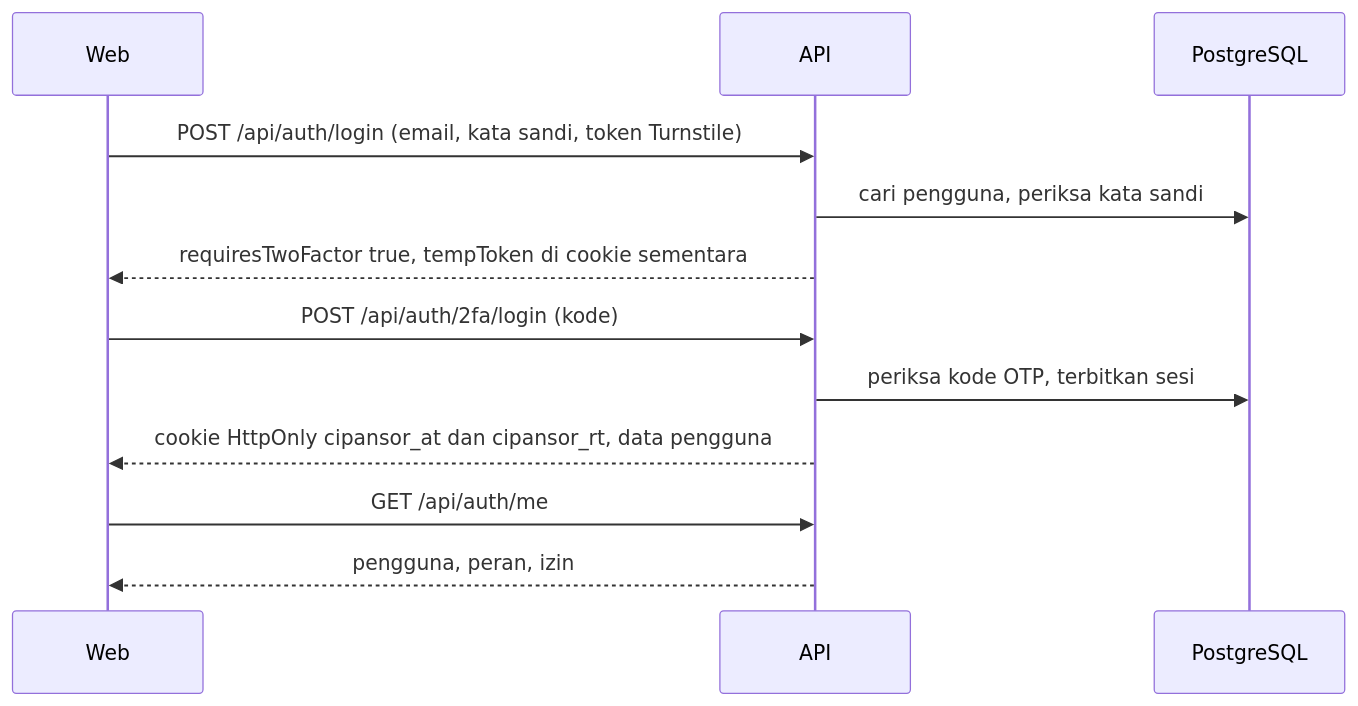
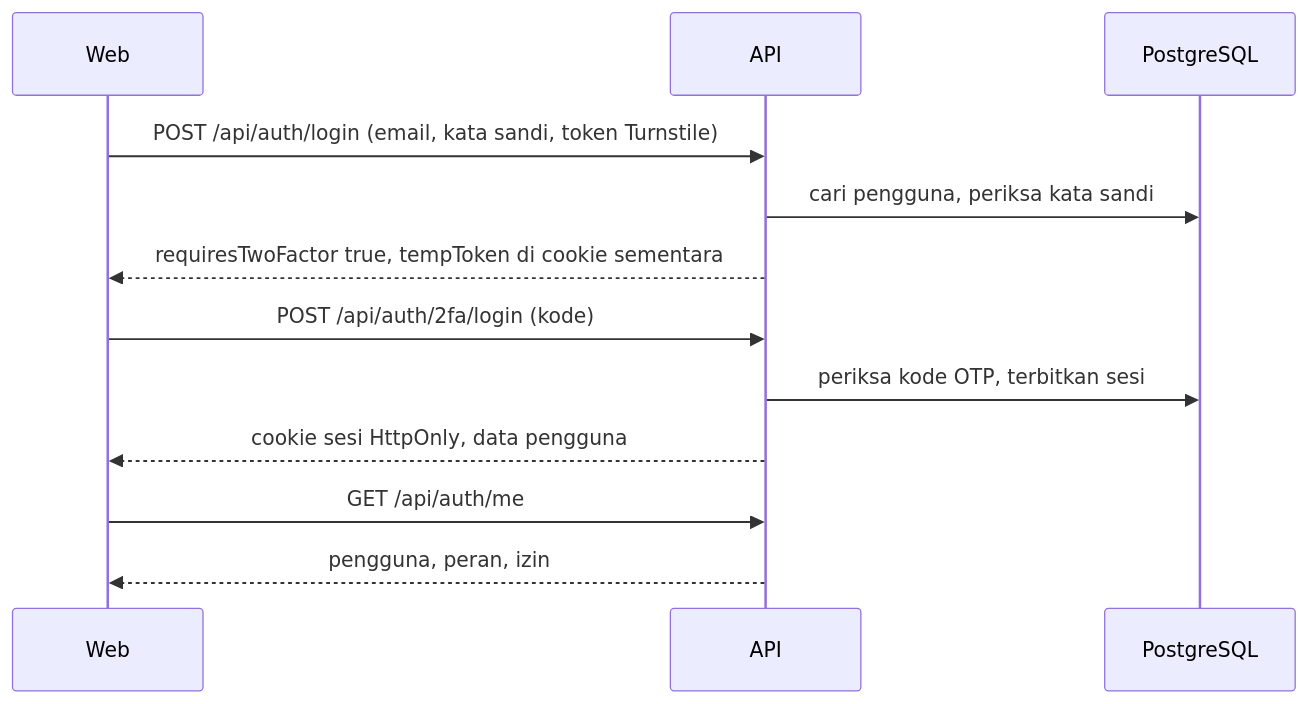
Before and after one commit to ypcipansor/cipansor: the fifth of 11 diagrams in docs/dokumen-aplikasi/dokumen-teknis-cipansor.md, drawn with Mermaid. The commit also changed other lines of this file and 68 other files, not shown here.

````diff
--- a/docs/dokumen-aplikasi/dokumen-teknis-cipansor.md
+++ b/docs/dokumen-aplikasi/dokumen-teknis-cipansor.md
@@ -251,15 +284,15 @@
 ```mermaid
 %% caption: Urutan masuk akun admin yang sudah mengaktifkan 2FA
 sequenceDiagram
   participant W as Web
   participant A as API
   participant DB as PostgreSQL
   W->>A: POST /api/auth/login (email, kata sandi, token Turnstile)
   A->>DB: cari pengguna, periksa kata sandi
   A-->>W: requiresTwoFactor true, tempToken di cookie sementara
   W->>A: POST /api/auth/2fa/login (kode)
   A->>DB: periksa kode OTP, terbitkan sesi
-  A-->>W: cookie HttpOnly cipansor_at dan cipansor_rt, data pengguna
+  A-->>W: cookie sesi HttpOnly, data pengguna
   W->>A: GET /api/auth/me
   A-->>W: pengguna, peran, izin
 ```
````
